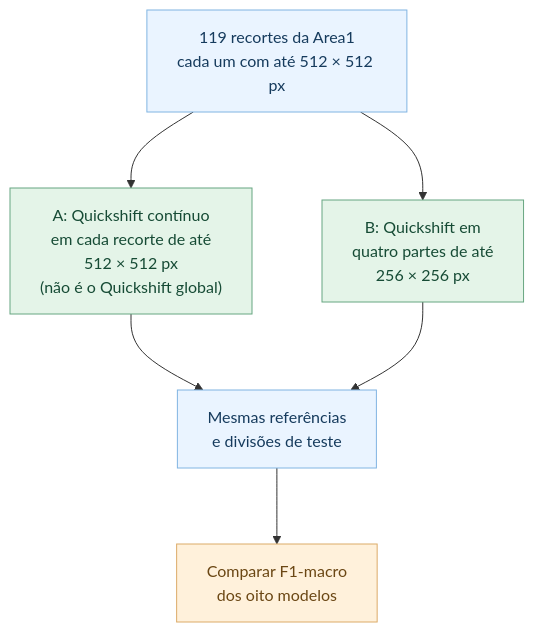
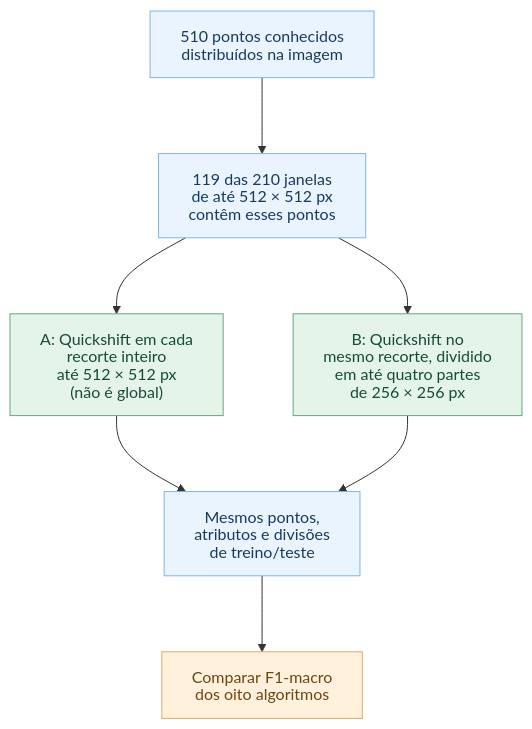
Before and after one commit to BrenoBragaGalvao/mestrado-arvores-urbanas: the third of 3 diagrams in README.md, drawn with Mermaid. The commit also changed other lines of this file, not shown here.

Commit message:
docs(readme): explain source of 119 windows and distinguish global RAM failure from measured window memory

````diff
--- a/README.md
+++ b/README.md
@@ -289,16 +319,17 @@
 ```mermaid
-%%{init: {"flowchart": {"nodeSpacing": 70, "rankSpacing": 76}, "themeVariables": {"fontFamily": "Arial, sans-serif", "fontSize": "16px"}}}%%
+%%{init: {"flowchart": {"nodeSpacing": 70, "rankSpacing": 76}, "htmlLabels": false, "themeVariables": {"fontFamily": "Arial, sans-serif", "fontSize": "16px"}}}%%
 flowchart TD
-    A["119 recortes da Area1<br/>cada um com até 512 × 512 px"] --> B["A: Quickshift contínuo<br/>em cada recorte de até<br/>512 × 512 px<br/>(não é o Quickshift global)"]
-    A --> C["B: Quickshift em<br/>quatro partes de até<br/>256 × 256 px"]
-    B --> D["Mesmas referências<br/>e divisões de teste"]
+    P["510 pontos conhecidos<br/>distribuídos na imagem"] --> A["119 das 210 janelas<br/>de até 512 × 512 px<br/>contêm esses pontos"]
+    A --> B["A: Quickshift em cada<br/>recorte inteiro<br/>até 512 × 512 px<br/>(não é global)"]
+    A --> C["B: Quickshift no<br/>mesmo recorte, dividido<br/>em até quatro partes<br/>de 256 × 256 px"]
+    B --> D["Mesmos pontos,<br/>atributos e divisões<br/>de treino/teste"]
     C --> D
-    D --> E["Comparar F1-macro<br/>dos oito modelos"]
+    D --> E["Comparar F1-macro<br/>dos oito algoritmos"]
 
     classDef dados fill:#eaf4ff,stroke:#80b4e2,color:#163b5d;
     classDef metodo fill:#e4f4e8,stroke:#67a681,color:#164b35;
     classDef resultado fill:#fff1db,stroke:#dcab68,color:#6b4714;
-    class A,D dados;
+    class P,A,D dados;
     class B,C metodo;
     class E resultado;
 ```
````
